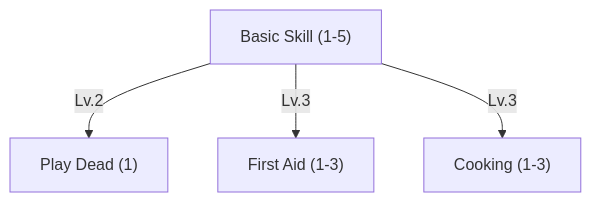
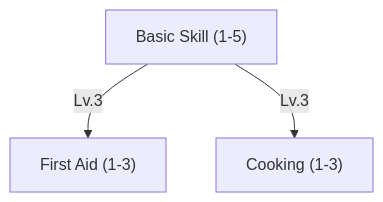
The first of 16 diagrams in content/docs/mechanics/master.md (tfelix/bestia-docs), drawn with Mermaid before and after one commit. The commit also changed other lines of this file, not shown here.

First line of the commit message:
docs(master): budget skill ranks per branch instead of per tree

````diff
--- a/content/docs/mechanics/master.md
+++ b/content/docs/mechanics/master.md
@@ -69,11 +72,9 @@
 ```mermaid
 graph TD
     BasicSkill["Basic Skill (1-5)"]
-    PlayDead["Play Dead (1)"]
     FirstAid["First Aid (1-3)"]
     Cooking["Cooking (1-3)"]
 
-    BasicSkill -->|Lv.2| PlayDead
     BasicSkill -->|Lv.3| FirstAid
     BasicSkill -->|Lv.3| Cooking
 ```
````
